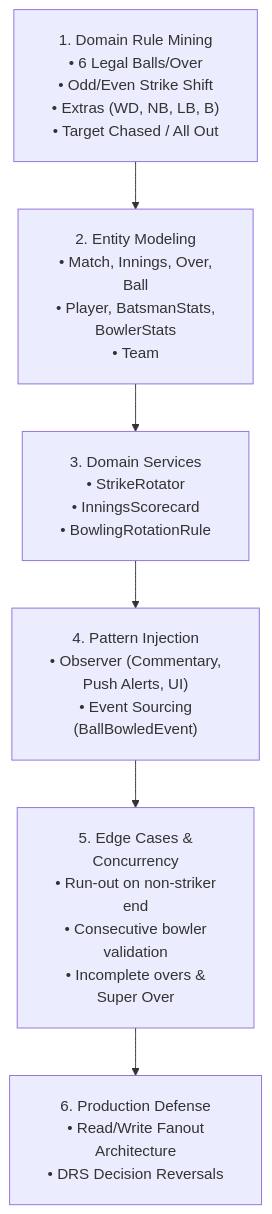
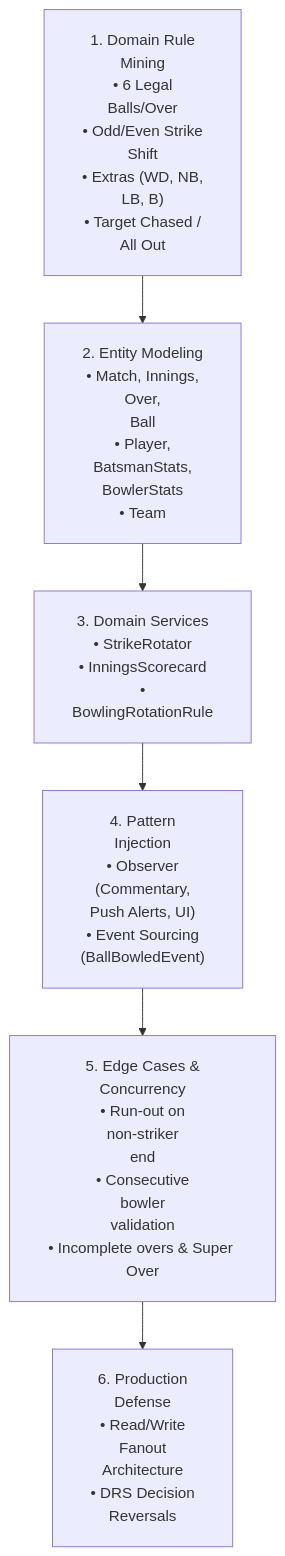
Before and after one commit to dip4k/DSA_102: the first of 2 diagrams in LLD/02_Tier2_Classic_LLD/24_Cricbuzz_Cricket_Scoreboard.md, drawn with Mermaid. The commit also changed 106 other files, not shown here.

First line of the commit message:
fix(mermaid): prevent text clipping with foreignObject overflow and tighter line wrapping

````diff
--- a/LLD/02_Tier2_Classic_LLD/24_Cricbuzz_Cricket_Scoreboard.md
+++ b/LLD/02_Tier2_Classic_LLD/24_Cricbuzz_Cricket_Scoreboard.md
@@ -23,9 +23,9 @@
 ```mermaid
-%%{init: {"flowchart": {"htmlLabels": true, "padding": 20}}}%%
+%%{init: {"flowchart": {"htmlLabels": true, "padding": 20}, "themeCSS": "foreignObject { overflow: visible !important; }"}}%%
 flowchart TD
-    A["1. Domain Rule Mining<br/>• 6 Legal Balls/Over<br/>• Odd/Even Strike Shift<br/>• Extras (WD, NB, LB, B)<br/>• Target Chased / All Out"] --> B["2. Entity Modeling<br/>• Match, Innings, Over,<br/>Ball<br/>• Player, BatsmanStats,<br/>BowlerStats<br/>• Team"]
-    B --> C["3. Domain Services<br/>• StrikeRotator<br/>• InningsScorecard<br/>• BowlingRotationRule"]
-    C --> D["4. Pattern Injection<br/>• Observer (Commentary,<br/>Push Alerts, UI)<br/>• Event Sourcing<br/>(BallBowledEvent)"]
-    D --> E["5. Edge Cases &<br/>Concurrency<br/>• Run-out on non-striker<br/>end<br/>• Consecutive bowler<br/>validation<br/>• Incomplete overs &<br/>Super Over"]
-    E --> F["6. Production Defense<br/>• Read/Write Fanout<br/>Architecture<br/>• DRS Decision Reversals"]
+    A["1. Domain Rule<br/>Mining<br/>• 6 Legal<br/>Balls/Over<br/>• Odd/Even Strike<br/>Shift<br/>• Extras (WD, NB,<br/>LB, B)<br/>• Target Chased /<br/>All Out"] --> B["2. Entity Modeling<br/>• Match, Innings,<br/>Over,<br/>Ball<br/>• Player,<br/>BatsmanStats,<br/>BowlerStats<br/>• Team"]
+    B --> C["3. Domain Services<br/>• StrikeRotator<br/>• InningsScorecard<br/>•<br/>BowlingRotationRule"]
+    C --> D["4. Pattern<br/>Injection<br/>• Observer<br/>(Commentary,<br/>Push Alerts, UI)<br/>• Event Sourcing<br/>(BallBowledEvent)"]
+    D --> E["5. Edge Cases &<br/>Concurrency<br/>• Run-out on<br/>non-striker<br/>end<br/>• Consecutive<br/>bowler<br/>validation<br/>• Incomplete overs & Super Over"]
+    E --> F["6. Production<br/>Defense<br/>• Read/Write<br/>Fanout<br/>Architecture<br/>• DRS Decision<br/>Reversals"]
 ```
````
